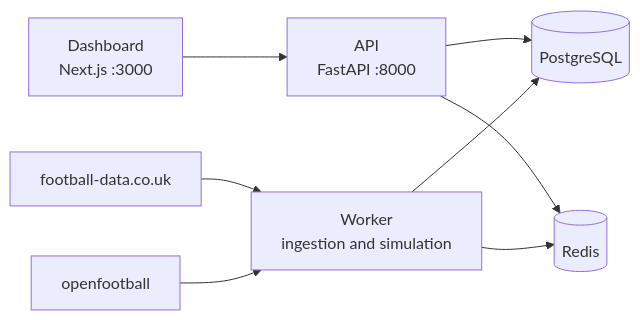
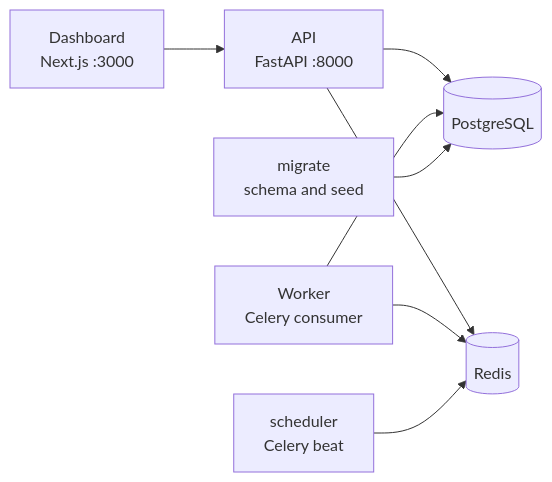
One commit to mgilardenghi/laliga-match-intelligence changed the first of 2 diagrams in README.md. Above: the diagram before and after it, drawn with Mermaid. The commit also changed other lines of this file and 2 other files, not shown here.

````diff
--- a/README.md
+++ b/README.md
@@ -17,10 +35,10 @@
 ```mermaid
 flowchart LR
     web["Dashboard<br/>Next.js :3000"] --> api["API<br/>FastAPI :8000"]
     api --> db[("PostgreSQL")]
     api --> redis[("Redis")]
-    worker["Worker<br/>ingestion and simulation"] --> db
+    worker["Worker<br/>Celery consumer"] --> db
     worker --> redis
-    fd["football-data.co.uk"] --> worker
-    of["openfootball"] --> worker
+    migrate["migrate<br/>schema and seed"] --> db
+    scheduler["scheduler<br/>Celery beat"] --> redis
 ```
````
